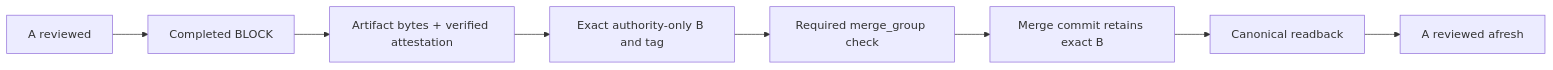
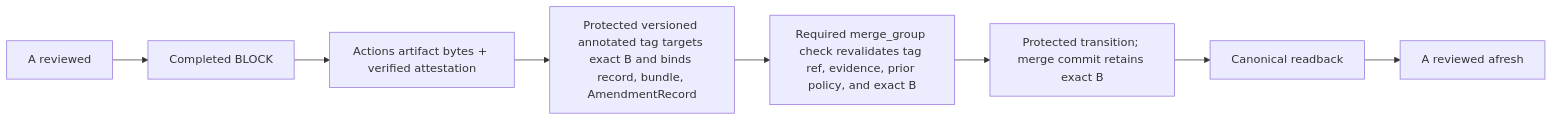
Before and after one commit to flair-agency/architecture-gatekeeper: the second of 2 diagrams in docs/architecture.md, drawn with Mermaid. The commit also changed other lines of this file, not shown here.

Commit message:
docs: authorize protected tag evidence handoff for self G0

````diff
--- a/docs/architecture.md
+++ b/docs/architecture.md
@@ -941,10 +942,10 @@
 ```mermaid
 flowchart LR
     A[A reviewed] --> BL[Completed BLOCK]
-    BL --> E[Artifact bytes + verified attestation]
-    E --> B[Exact authority-only B and tag]
-    B --> Q[Required merge_group check]
-    Q --> M[Merge commit retains exact B]
+    BL --> E[Actions artifact bytes + verified attestation]
+    E --> T[Protected versioned annotated tag targets exact B and binds record, bundle, AmendmentRecord]
+    T --> Q[Required merge_group check revalidates tag ref, evidence, prior policy, and exact B]
+    Q --> M[Protected transition; merge commit retains exact B]
     M --> C[Canonical readback]
     C --> R[A reviewed afresh]
 ```
````
